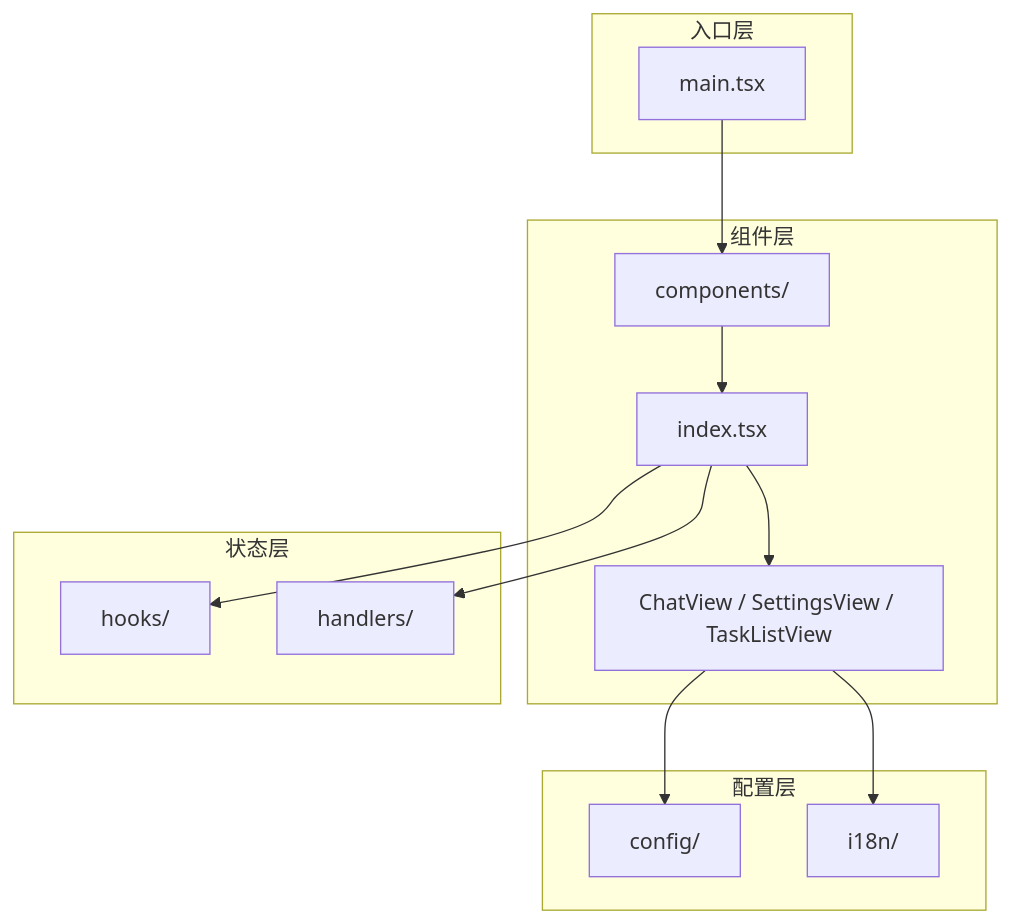
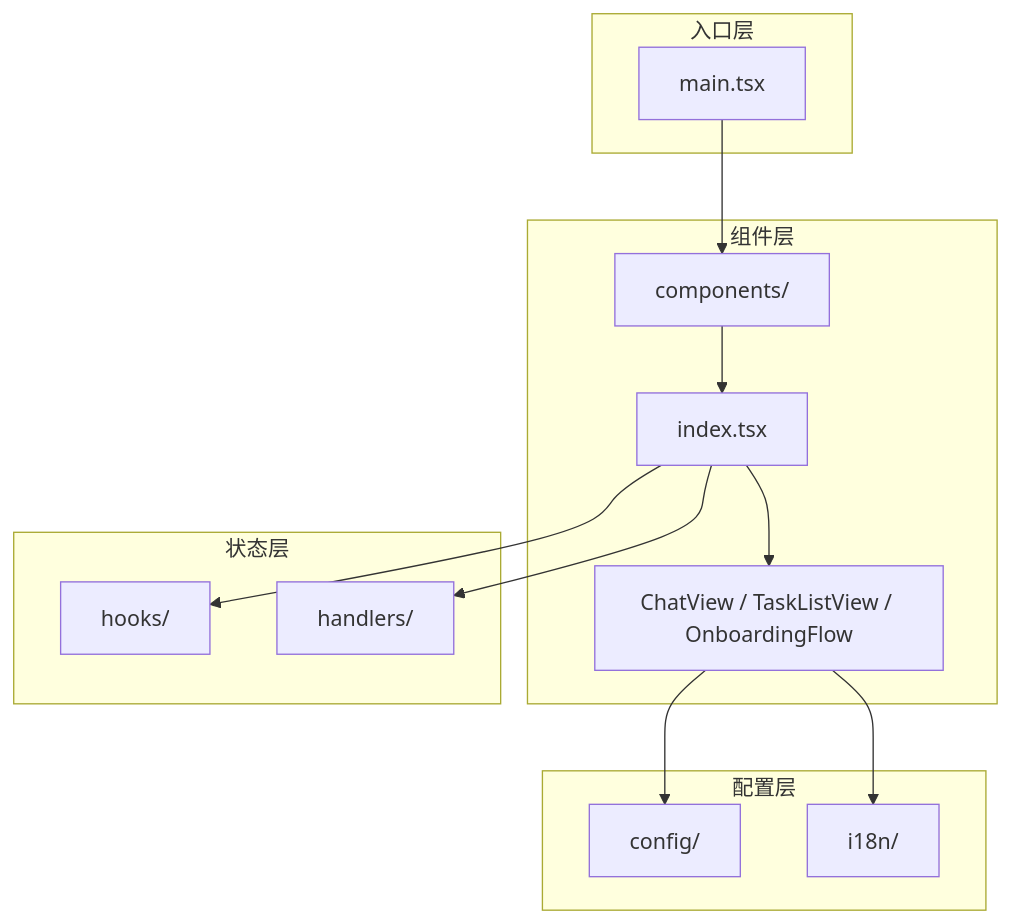
Before and after one commit to OpenNekoPaw/neko-suite: the diagram in packages/neko-agent/packages/webview/src/README.md, drawn with Mermaid. The commit also changed other lines of this file and 12 other files, not shown here.

First line of the commit message:
feat(neko-agent): complete settings redesign — AccountBar + OnboardingFlow

````diff
--- a/packages/neko-agent/packages/webview/src/README.md
+++ b/packages/neko-agent/packages/webview/src/README.md
@@ -29,28 +29,28 @@
 ```mermaid
 graph TB
     subgraph "入口层"
         Main[main.tsx]
     end
 
     subgraph "组件层"
         Components[components/]
         Components --> AIAssistant[index.tsx]
-        AIAssistant --> Views[ChatView / SettingsView / TaskListView]
+        AIAssistant --> Views[ChatView / TaskListView / OnboardingFlow]
     end
 
     subgraph "状态层"
         Hooks[hooks/]
         Handlers[handlers/]
     end
 
     subgraph "配置层"
         Config[config/]
         I18n[i18n/]
     end
 
     Main --> Components
     AIAssistant --> Hooks
     AIAssistant --> Handlers
     Views --> Config
     Views --> I18n
 ```
````
